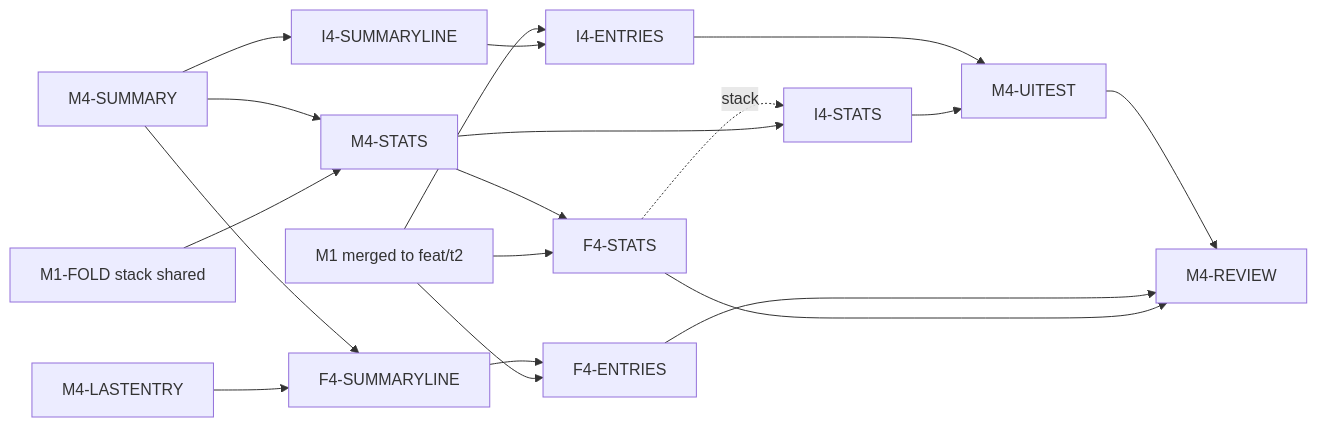
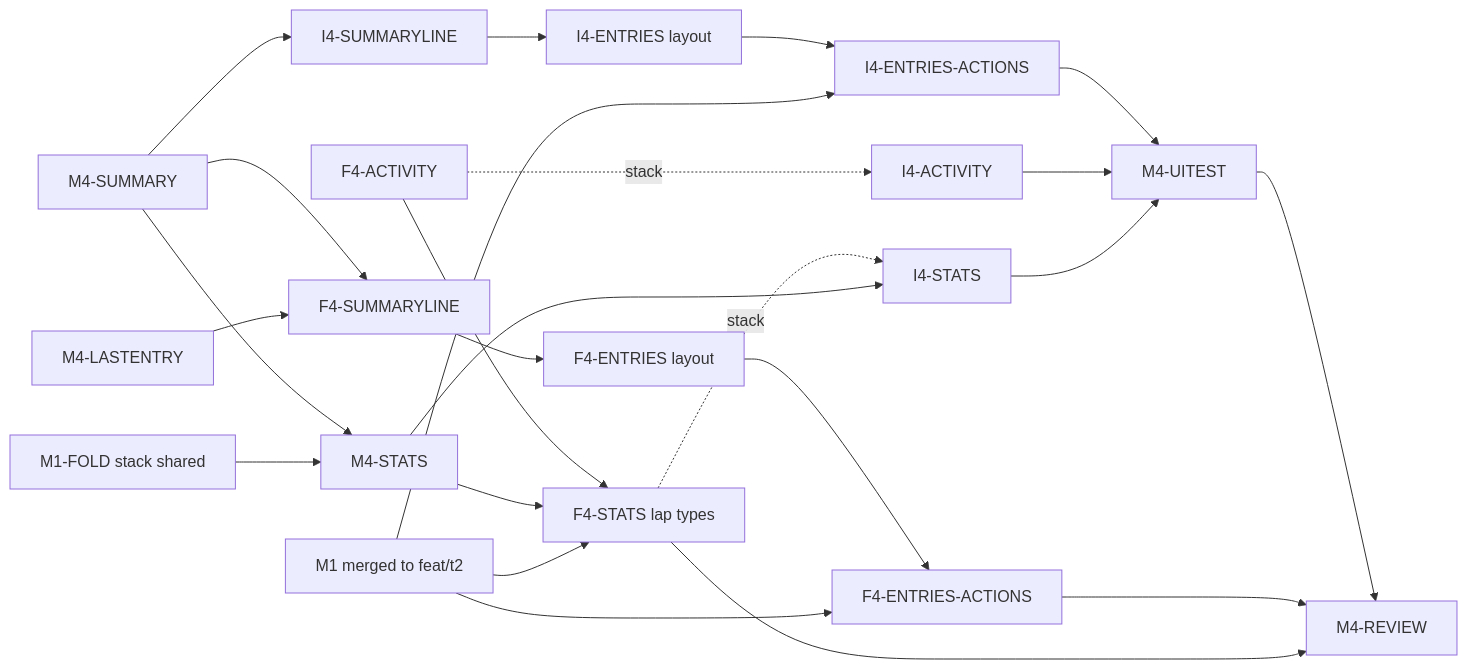
One commit to Richard-Lynch/quickr changed the diagram in docs/t2/M4-plan.md. Above: the diagram before and after it, drawn with Mermaid. The commit also changed other lines of this file, not shown here.

````diff
--- a/docs/t2/M4-plan.md
+++ b/docs/t2/M4-plan.md
@@ -284,21 +438,26 @@
 ```mermaid
 flowchart LR
   SUM[M4-SUMMARY] --> STATS[M4-STATS]
   FOLD[M1-FOLD stack shared] --> STATS
   SUM --> FSL[F4-SUMMARYLINE]
   LAST[M4-LASTENTRY] --> FSL
   SUM --> ISL[I4-SUMMARYLINE]
-  FSL --> FENT[F4-ENTRIES]
-  M1[M1 merged to feat/t2] --> FENT
-  M1 --> IENT[I4-ENTRIES]
-  ISL --> IENT
-  STATS --> FSTATS[F4-STATS]
+  FSL --> FENT[F4-ENTRIES layout]
+  FENT --> FACT[F4-ENTRIES-ACTIONS]
+  M1[M1 merged to feat/t2] --> FACT
+  ISL --> IENT[I4-ENTRIES layout]
+  IENT --> IACT[I4-ENTRIES-ACTIONS]
+  M1 --> IACT
+  FACTV[F4-ACTIVITY] -. stack .-> IACTV[I4-ACTIVITY]
+  FACTV --> FSTATS[F4-STATS lap types]
+  STATS --> FSTATS
   M1 --> FSTATS
   FSTATS -. stack .-> ISTATS[I4-STATS]
   STATS --> ISTATS
-  IENT --> UIT[M4-UITEST]
+  IACT --> UIT[M4-UITEST]
+  IACTV --> UIT
   ISTATS --> UIT
   UIT --> REV[M4-REVIEW]
-  FENT --> REV
+  FACT --> REV
   FSTATS --> REV
 ```
````
